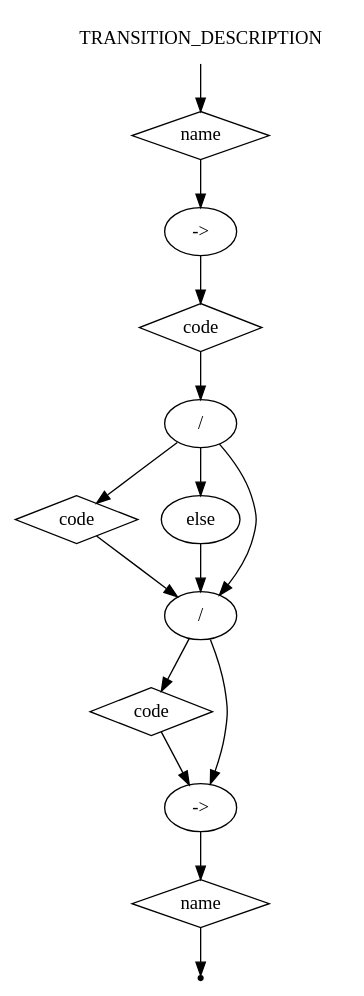
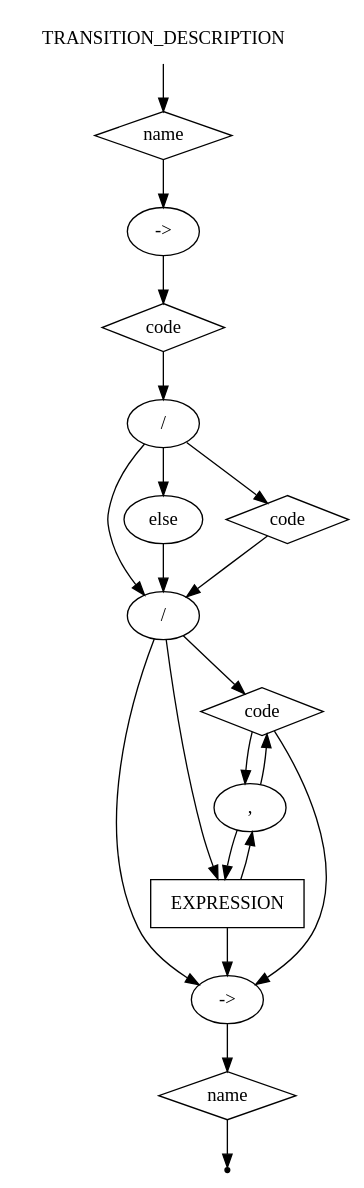
One commit to Samirox66/ciao changed the diagram in ciao_gv/transition_description.gv. Above: the diagram before and after it, drawn with Graphviz. The commit also changed 6 other files, not shown here.

```diff
--- a/ciao_gv/transition_description.gv
+++ b/ciao_gv/transition_description.gv
@@ -1,28 +1,36 @@
 digraph TRANSITION_DESCRIPTION {
-start [label=TRANSITION_DESCRIPTION shape=plaintext]
-A [label=name shape=diamond]
-B [label="->" shape=oval]
-C [label=code shape=diamond]
-D [label="/" shape=oval]
-E [label=code shape=diamond]
-F [label=else shape=oval]
-G [label="/" shape=oval]
-H [label=code shape=diamond]
-I [label="->" shape=oval]
-J [label=name shape=diamond]
-end [label="" shape=point]
-start -> A
-A -> B
-B -> C
-C -> D
-D -> E
-D -> F
-D -> G
-E -> G
-F -> G
-G -> H
-H -> I
-G -> I
-I -> J
-J -> end
+    start [label=TRANSITION_DESCRIPTION shape=plaintext]
+    A [label=name shape=diamond]
+    B [label="->" shape=oval]
+    K [label=code shape=diamond]
+    O [label="/" shape=oval]
+    C [label=else shape=oval]
+    D [label=code shape=diamond]
+    E [label="/" shape=oval]
+    F [label=code shape=diamond]
+    G [label="->" shape=oval]
+    H [label=name shape=diamond]
+    I [label=EXPRESSION shape=box]
+    J [label="," shape=oval]
+    end [label="" shape=point]
+    start -> A
+    A -> B
+    B -> K
+    K -> O
+    O -> C
+    O -> D
+    O -> E
+    C -> E
+    D -> E
+    E -> F
+    E -> G
+    F -> G
+    G -> H
+    E -> I
+    I -> J
+    I -> G
+    J -> I
+    J -> F
+    F -> J
+    H -> end
 }
```
